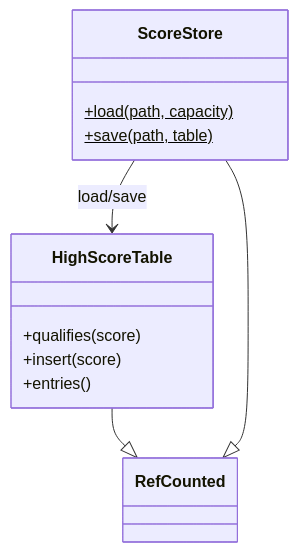
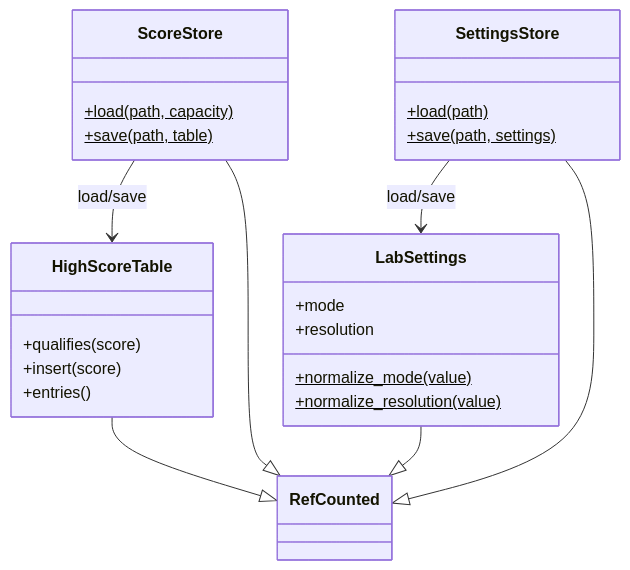
Before and after one commit to kblaszki/godot-game: the diagram in docs/reference/engine-save.md, drawn with Mermaid. The commit also changed other lines of this file and 6 other files, not shown here.

First line of the commit message:
Add LabSettings and SettingsStore for shared display prefs.

````diff
--- a/docs/reference/engine-save.md
+++ b/docs/reference/engine-save.md
@@ -22,15 +27,28 @@
 ```mermaid
 classDiagram
   class HighScoreTable {
     +qualifies(score)
     +insert(score)
     +entries()
   }
   class ScoreStore {
     +load(path, capacity)$
     +save(path, table)$
   }
+  class LabSettings {
+    +mode
+    +resolution
+    +normalize_mode(value)$
+    +normalize_resolution(value)$
+  }
+  class SettingsStore {
+    +load(path)$
+    +save(path, settings)$
+  }
   ScoreStore --> HighScoreTable : load/save
+  SettingsStore --> LabSettings : load/save
   HighScoreTable --|> RefCounted
   ScoreStore --|> RefCounted
+  LabSettings --|> RefCounted
+  SettingsStore --|> RefCounted
 ```
````
